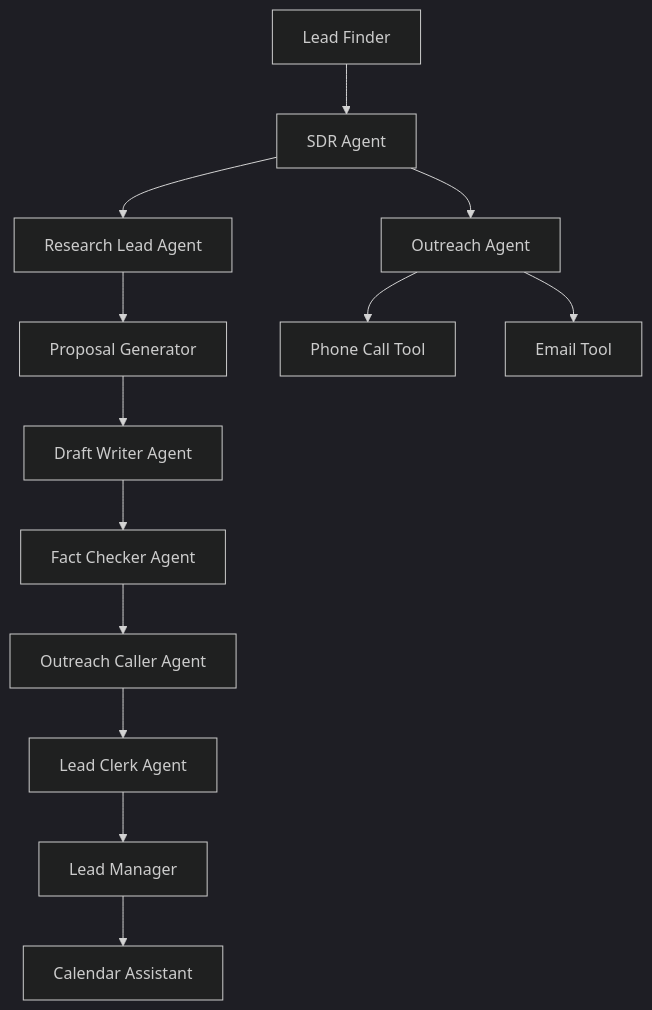
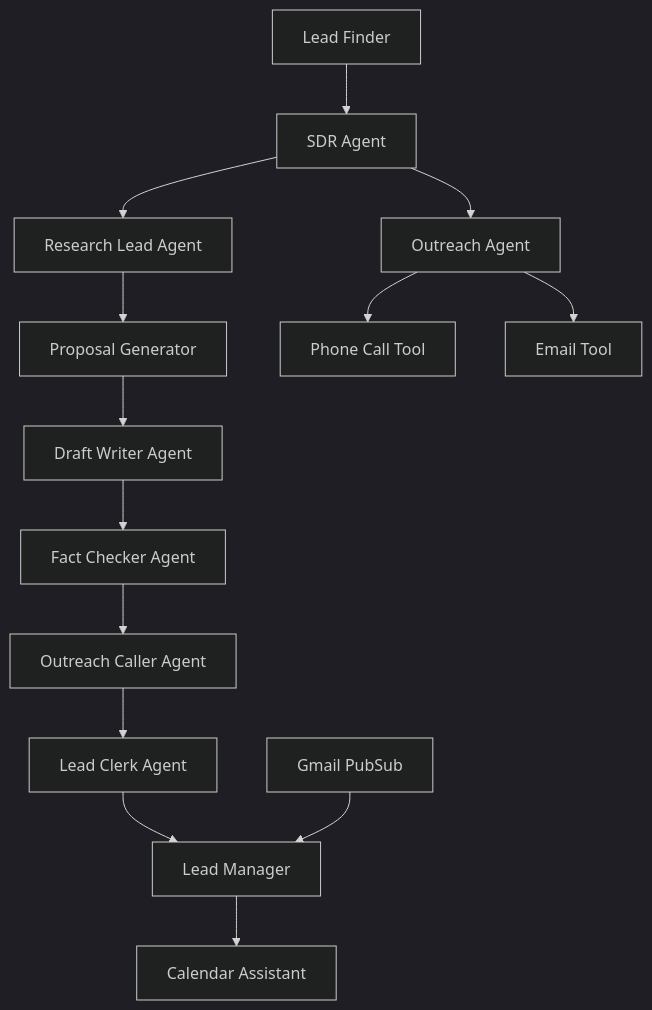
One commit to sernur/SalesShortcut changed the diagram in README.md. Above: the diagram before and after it, drawn with Mermaid (dark theme). The commit also changed other lines of this file and 11 other files, not shown here.

````diff
--- a/README.md
+++ b/README.md
@@ -18,15 +25,16 @@
 ```mermaid
 graph TD
     A[Lead Finder] --> B[SDR Agent]
     B --> C[Research Lead Agent]
     C --> D[Proposal Generator]
     D --> E[Draft Writer Agent]
     E --> F[Fact Checker Agent]
     F --> G[Outreach Caller Agent]
     G --> H[Lead Clerk Agent]
     B --> I[Outreach Agent]
     I --> J[Phone Call Tool]
     I --> K[Email Tool]
     H --> L[Lead Manager]
     L --> M[Calendar Assistant]
+    N[Gmail PubSub] --> L
 ```
````
